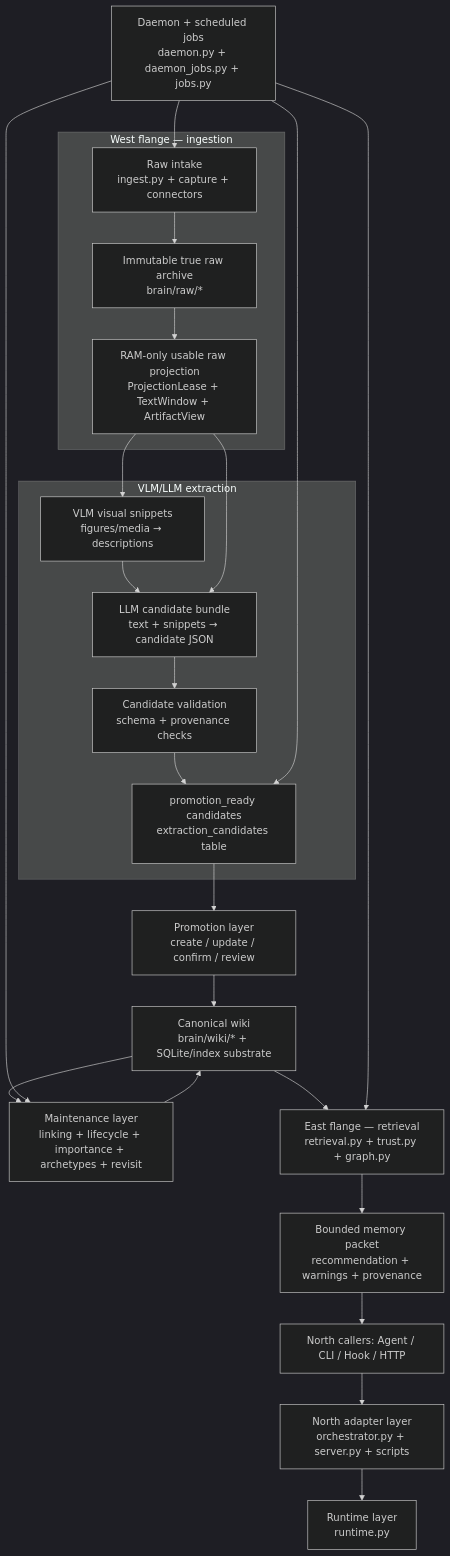
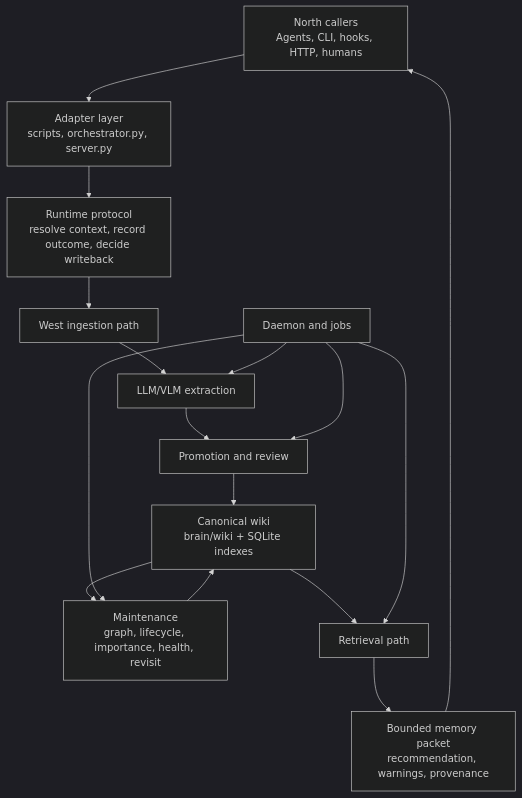
Before and after one commit to Jianyu010/MnemonicOS: the first of 4 diagrams in README.md, drawn with Mermaid (dark theme). The commit also changed other lines of this file and 14 other files, not shown here.

Commit message:
Refresh README for architecture, CLI, and protocol guidance

````diff
--- a/README.md
+++ b/README.md
@@ -14,35 +28,20 @@
 ```mermaid
 flowchart TD
-    A["North callers: Agent / CLI / Hook / HTTP"] --> B["North adapter layer\norchestrator.py + server.py + scripts"]
-    B --> C["Runtime layer\nruntime.py"]
+    A["North callers<br/>Agents, CLI, hooks, HTTP, humans"] --> B["Adapter layer<br/>scripts, orchestrator.py, server.py"]
+    B --> C["Runtime protocol<br/>resolve context, record outcome, decide writeback"]
 
-    subgraph W["West flange — ingestion"]
-        W1["Raw intake\ningest.py + capture + connectors"]
-        W2["Immutable true raw archive\nbrain/raw/*"]
-        W3["RAM-only usable raw projection\nProjectionLease + TextWindow + ArtifactView"]
-        W1 --> W2 --> W3
-    end
+    C --> W["West ingestion path"]
+    W --> X["LLM/VLM extraction"]
+    X --> P["Promotion and review"]
+    P --> K["Canonical wiki<br/>brain/wiki + SQLite indexes"]
+    K --> M["Maintenance<br/>graph, lifecycle, importance, health, revisit"]
+    M --> K
+    K --> R["Retrieval path"]
+    R --> E["Bounded memory packet<br/>recommendation, warnings, provenance"]
+    E --> A
 
-    subgraph X["VLM/LLM extraction"]
-        X1["VLM visual snippets\nfigures/media → descriptions"]
-        X2["LLM candidate bundle\ntext + snippets → candidate JSON"]
-        X3["Candidate validation\nschema + provenance checks"]
-        X4["promotion_ready candidates\nextraction_candidates table"]
-        X1 --> X2 --> X3 --> X4
-    end
-
-    W3 --> X1
-    W3 --> X2
-    X4 --> E["Promotion layer\ncreate / update / confirm / review"]
-    E --> F["Canonical wiki\nbrain/wiki/* + SQLite/index substrate"]
-    F --> M["Maintenance layer\nlinking + lifecycle + importance + archetypes + revisit"]
-    M --> F
-    F --> G["East flange — retrieval\nretrieval.py + trust.py + graph.py"]
-    G --> H["Bounded memory packet\nrecommendation + warnings + provenance"]
-    H --> A
-
-    I["Daemon + scheduled jobs\ndaemon.py + daemon_jobs.py + jobs.py"] --> W1
-    I --> X4
-    I --> M
-    I --> G
+    D["Daemon and jobs"] --> X
+    D --> P
+    D --> M
+    D --> R
 ```
````
